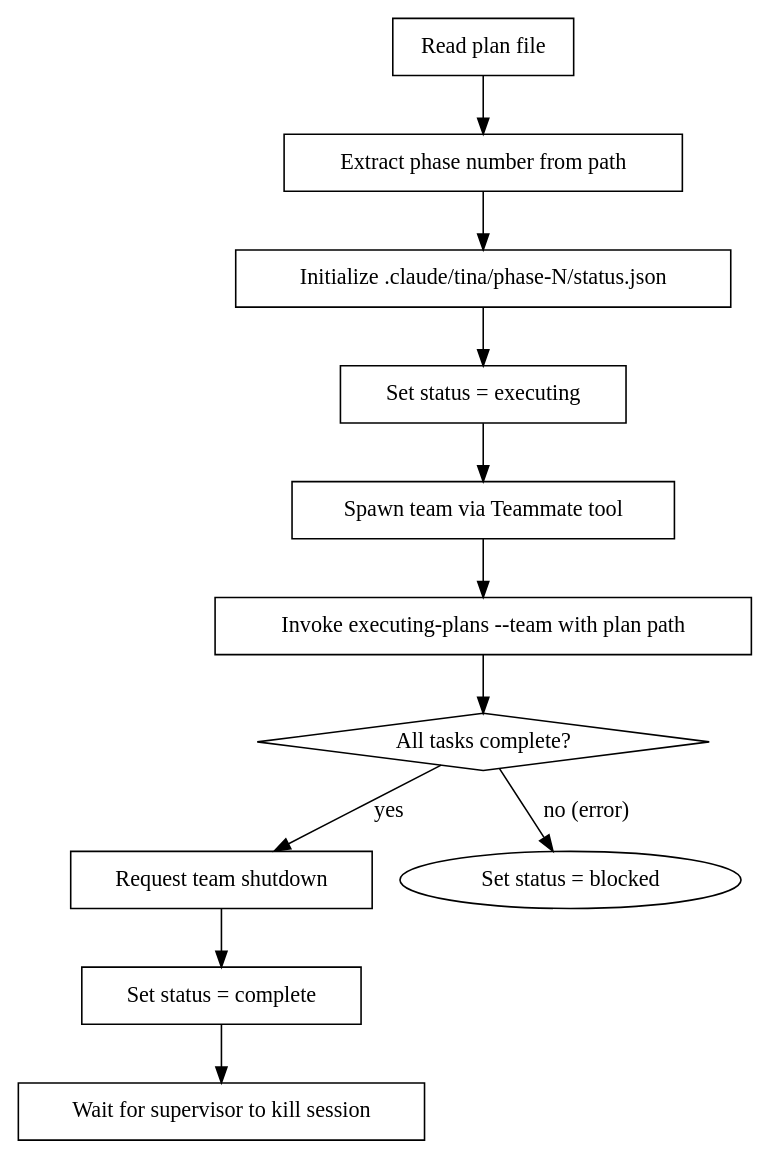
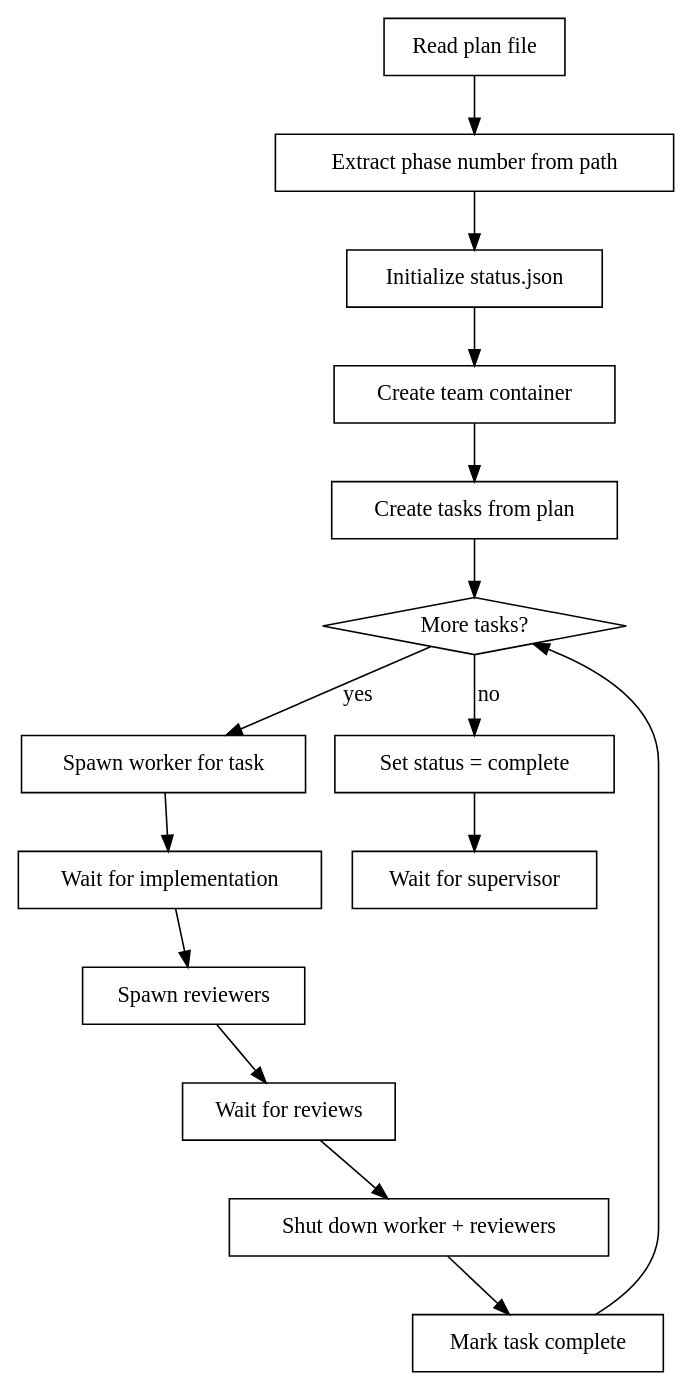
One commit to joshuabates/tina changed the diagram in skills/team-lead-init/SKILL.md. Above: the diagram before and after it, drawn with Graphviz. The commit also changed other lines of this file, not shown here.

First line of the commit message:
feat: rewrite team-lead-init for ephemeral worker/reviewer model

````diff
--- a/skills/team-lead-init/SKILL.md
+++ b/skills/team-lead-init/SKILL.md
@@ -179,27 +175,35 @@
 ```dot
-digraph team_lead_init_v2 {
+digraph team_lead_init_ephemeral {
     rankdir=TB;
 
     "Read plan file" [shape=box];
     "Extract phase number from path" [shape=box];
-    "Initialize .claude/tina/phase-N/status.json" [shape=box];
-    "Set status = executing" [shape=box];
-    "Spawn team via Teammate tool" [shape=box];
-    "Invoke executing-plans --team with plan path" [shape=box];
-    "All tasks complete?" [shape=diamond];
-    "Request team shutdown" [shape=box];
+    "Initialize status.json" [shape=box];
+    "Create team container" [shape=box];
+    "Create tasks from plan" [shape=box];
+    "More tasks?" [shape=diamond];
+    "Spawn worker for task" [shape=box];
+    "Wait for implementation" [shape=box];
+    "Spawn reviewers" [shape=box];
+    "Wait for reviews" [shape=box];
+    "Shut down worker + reviewers" [shape=box];
+    "Mark task complete" [shape=box];
     "Set status = complete" [shape=box];
-    "Wait for supervisor to kill session" [shape=box];
+    "Wait for supervisor" [shape=box];
 
     "Read plan file" -> "Extract phase number from path";
-    "Extract phase number from path" -> "Initialize .claude/tina/phase-N/status.json";
-    "Initialize .claude/tina/phase-N/status.json" -> "Set status = executing";
-    "Set status = executing" -> "Spawn team via Teammate tool";
-    "Spawn team via Teammate tool" -> "Invoke executing-plans --team with plan path";
-    "Invoke executing-plans --team with plan path" -> "All tasks complete?";
-    "All tasks complete?" -> "Request team shutdown" [label="yes"];
-    "All tasks complete?" -> "Set status = blocked" [label="no (error)"];
-    "Request team shutdown" -> "Set status = complete";
-    "Set status = complete" -> "Wait for supervisor to kill session";
+    "Extract phase number from path" -> "Initialize status.json";
+    "Initialize status.json" -> "Create team container";
+    "Create team container" -> "Create tasks from plan";
+    "Create tasks from plan" -> "More tasks?";
+    "More tasks?" -> "Spawn worker for task" [label="yes"];
+    "More tasks?" -> "Set status = complete" [label="no"];
+    "Spawn worker for task" -> "Wait for implementation";
+    "Wait for implementation" -> "Spawn reviewers";
+    "Spawn reviewers" -> "Wait for reviews";
+    "Wait for reviews" -> "Shut down worker + reviewers";
+    "Shut down worker + reviewers" -> "Mark task complete";
+    "Mark task complete" -> "More tasks?";
+    "Set status = complete" -> "Wait for supervisor";
 }
 ```
````
